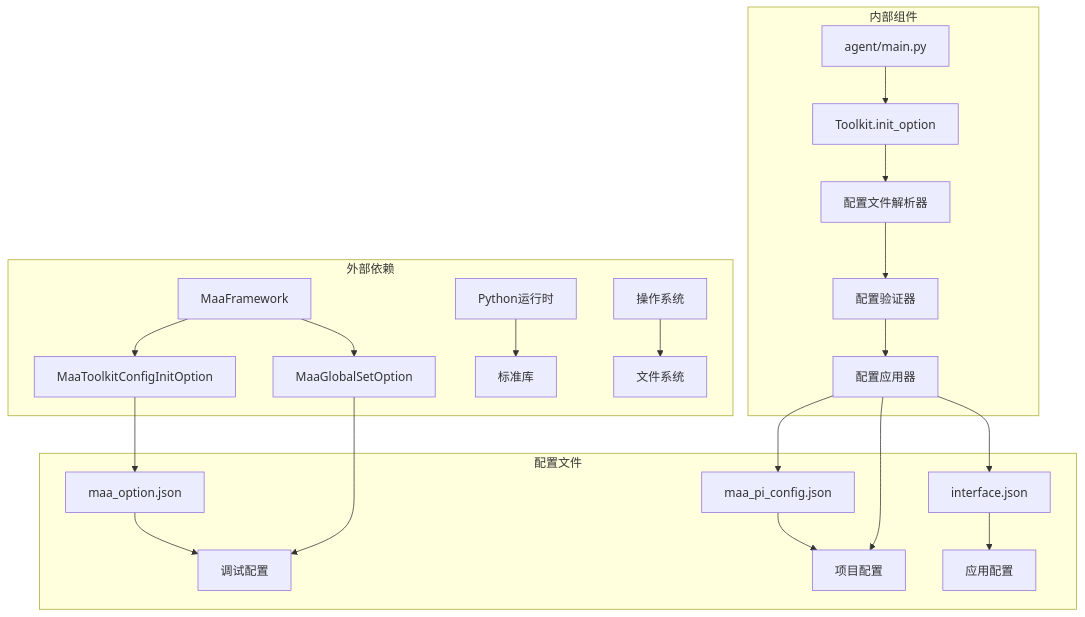
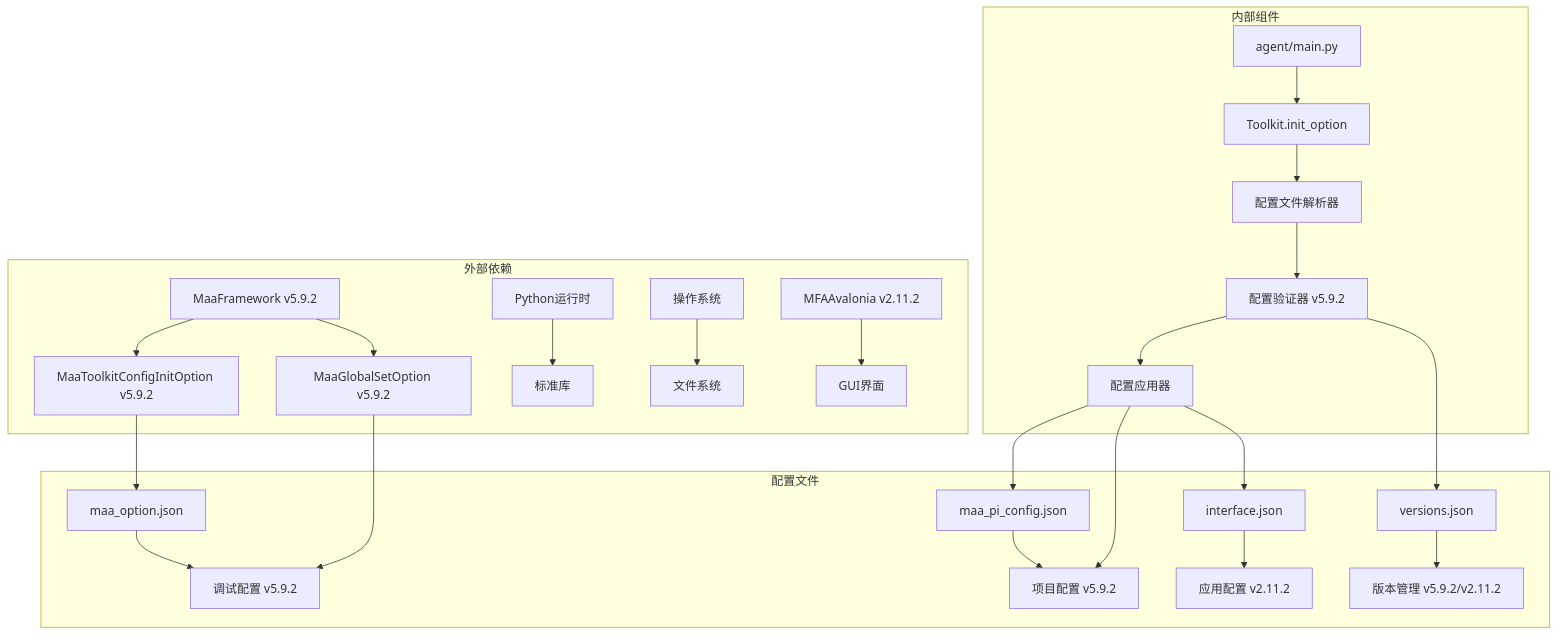
One commit to kqcoxn/MaaDuDuL changed the fifth of 5 diagrams in .qoder/repowiki/zh/content/系统架构与设计/核心架构设计/配置体系设计.md. Above: the diagram before and after it, drawn with Mermaid. The commit also changed other lines of this file and 18 other files, not shown here.

````diff
--- a/.qoder/repowiki/zh/content/系统架构与设计/核心架构设计/配置体系设计.md
+++ b/.qoder/repowiki/zh/content/系统架构与设计/核心架构设计/配置体系设计.md
@@ -239,25 +282,28 @@
 ```mermaid
 graph TB
 subgraph "外部依赖"
-A[MaaFramework] --> B[MaaToolkitConfigInitOption]
-A --> C[MaaGlobalSetOption]
+A[MaaFramework v5.9.2] --> B[MaaToolkitConfigInitOption v5.9.2]
+A --> C[MaaGlobalSetOption v5.9.2]
 D[Python运行时] --> E[标准库]
 F[操作系统] --> G[文件系统]
+H[MFAAvalonia v2.11.2] --> I[GUI界面]
 end
 subgraph "内部组件"
-H[agent/main.py] --> I[Toolkit.init_option]
-I --> J[配置文件解析器]
-J --> K[配置验证器]
-K --> L[配置应用器]
+J[agent/main.py] --> K[Toolkit.init_option]
+K --> L[配置文件解析器]
+L --> M[配置验证器 v5.9.2]
+M --> N[配置应用器]
 end
 subgraph "配置文件"
-M[maa_option.json] --> N[调试配置]
-O[maa_pi_config.json] --> P[项目配置]
-Q[interface.json] --> R[应用配置]
+O[maa_option.json] --> P[调试配置 v5.9.2]
+Q[maa_pi_config.json] --> R[项目配置 v5.9.2]
+S[interface.json] --> T[应用配置 v2.11.2]
+U[versions.json] --> V[版本管理 v5.9.2/v2.11.2]
 end
-B --> M
-C --> N
-L --> O
-L --> P
-L --> Q
+B --> O
+C --> P
+N --> Q
+N --> R
+N --> S
+M --> U
 ```
````
